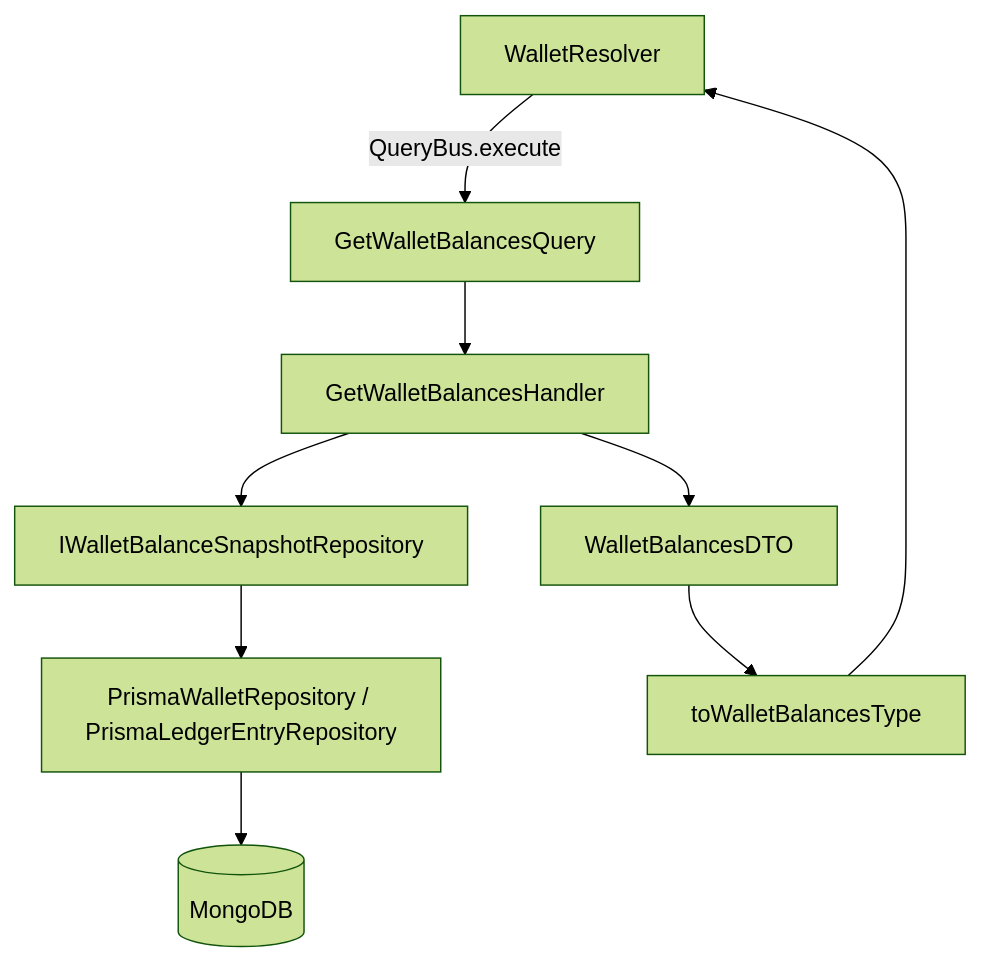
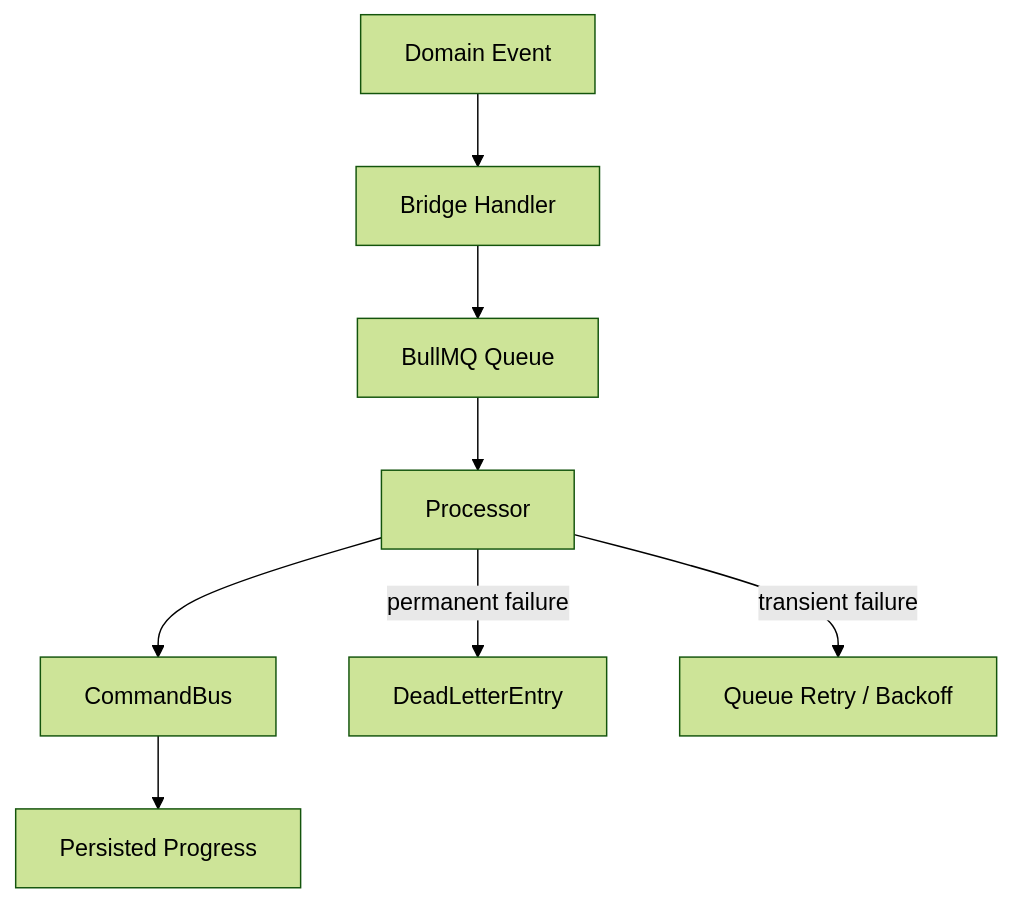
Before and after one commit to OlamidotunIY/errandy_backend: the sixth of 11 diagrams in README.md, drawn with Mermaid (forest theme). The commit also changed other lines of this file and 61 other files, not shown here.

Commit message:
docs: reorganize architecture docs into flow and module sections

````diff
--- a/README.md
+++ b/README.md
@@ -15,11 +516,10 @@
 ```mermaid
-flowchart TD
-  A[WalletResolver] -->|QueryBus.execute| B[GetWalletBalancesQuery]
-  B --> C[GetWalletBalancesHandler]
-  C --> D[IWalletBalanceSnapshotRepository]
-  D --> E[PrismaWalletRepository / PrismaLedgerEntryRepository]
-  E --> F[(MongoDB)]
-  C --> G[WalletBalancesDTO]
-  G --> H[toWalletBalancesType]
-  H --> A
+flowchart TB
+  DomainEvent[Domain Event] --> Bridge[Bridge Handler]
+  Bridge --> BullMQ[BullMQ Queue]
+  BullMQ --> Processor[Processor]
+  Processor --> CommandBus[CommandBus]
+  Processor -->|permanent failure| DLQ[DeadLetterEntry]
+  Processor -->|transient failure| Retry[Queue Retry / Backoff]
+  CommandBus --> Progress[Persisted Progress]
 ```
````
